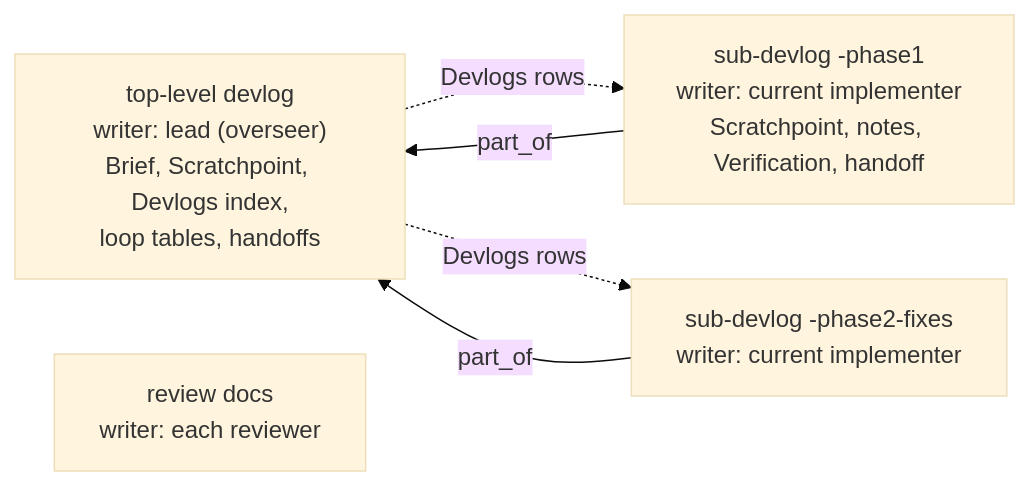
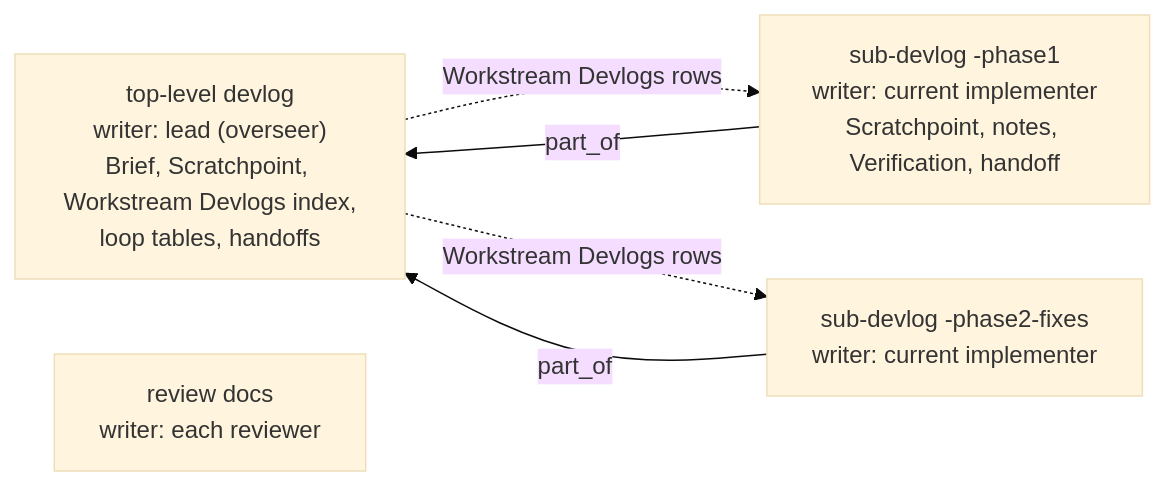
Before and after one commit to weftwiseink/clauthier: the diagram in cdocs/proposals/2026-10-06-devlog-ownership-rework.md, drawn with Mermaid (base theme). The commit also changed other lines of this file and 1 other file, not shown here.

First line of the commit message:
docs(proposals): index heading is ## Workstream Devlogs (maintainer)

````diff
--- a/cdocs/proposals/2026-10-06-devlog-ownership-rework.md
+++ b/cdocs/proposals/2026-10-06-devlog-ownership-rework.md
@@ -68,11 +68,11 @@
 ```mermaid
 flowchart LR
-  T["top-level devlog<br/>writer: lead (overseer)<br/>Brief, Scratchpoint, Devlogs index,<br/>loop tables, handoffs"]
+  T["top-level devlog<br/>writer: lead (overseer)<br/>Brief, Scratchpoint, Workstream Devlogs index,<br/>loop tables, handoffs"]
   C1["sub-devlog -phase1<br/>writer: current implementer<br/>Scratchpoint, notes, Verification, handoff"]
   C2["sub-devlog -phase2-fixes<br/>writer: current implementer"]
   R["review docs<br/>writer: each reviewer"]
   C1 -- part_of --> T
   C2 -- part_of --> T
-  T -. Devlogs rows .-> C1
-  T -. Devlogs rows .-> C2
+  T -. Workstream Devlogs rows .-> C1
+  T -. Workstream Devlogs rows .-> C2
 ```
````
